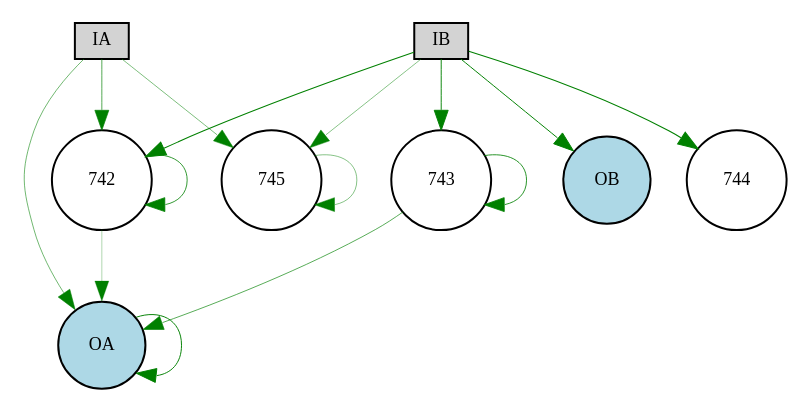
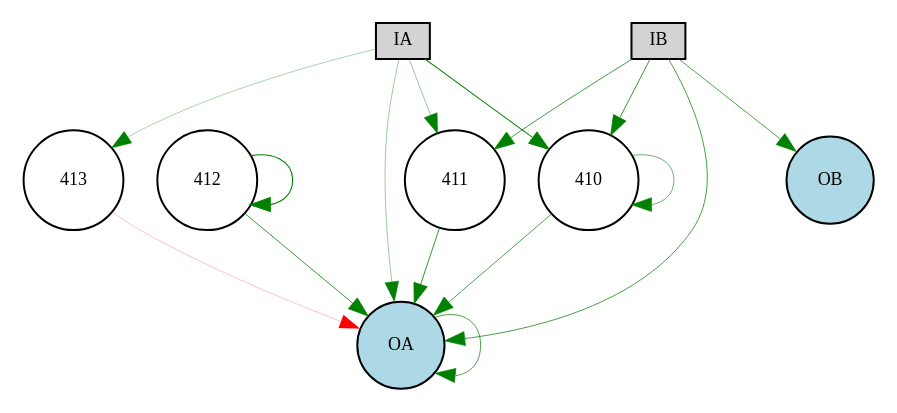
The diagram in source/discrete_experiment/Digraph.gv (danxan/neuromorphic-evolution), drawn with Graphviz before and after one commit. The commit also changed 6 other files, not shown here.

```diff
--- a/source/discrete_experiment/Digraph.gv
+++ b/source/discrete_experiment/Digraph.gv
@@ -1,23 +1,26 @@
 digraph {
 	node [fontsize=9 height=0.2 shape=circle width=0.2]
 	IA [fillcolor=lightgray shape=box style=filled]
 	IB [fillcolor=lightgray shape=box style=filled]
 	OA [fillcolor=lightblue style=filled]
 	OB [fillcolor=lightblue style=filled]
-	742 [fillcolor=white style=filled]
-	743 [fillcolor=white style=filled]
-	IA -> 742 [color=green penwidth=0.3438897180149496 style=solid]
-	IA -> 745 [color=green penwidth=0.25959442370828756 style=solid]
-	IB -> 742 [color=green penwidth=0.5147753809551033 style=solid]
-	IB -> 743 [color=green penwidth=0.47356687027829736 style=solid]
-	IB -> 744 [color=green penwidth=0.5554912722826941 style=solid]
-	IB -> 745 [color=green penwidth=0.24041693035487377 style=solid]
-	742 -> OA [color=green penwidth=0.16341903390520277 style=solid]
-	743 -> OA [color=green penwidth=0.32978622361527665 style=solid]
-	IA -> OA [color=green penwidth=0.28240147747788635 style=solid]
-	IB -> OB [color=green penwidth=0.4894459851045868 style=solid]
-	OA -> OA [color=green penwidth=0.48118036359319794 style=solid]
-	742 -> 742 [color=green penwidth=0.39835920440179473 style=solid]
-	743 -> 743 [color=green penwidth=0.4237789507872447 style=solid]
-	745 -> 745 [color=green penwidth=0.24303859651913318 style=solid]
+	410 [fillcolor=white style=filled]
+	411 [fillcolor=white style=filled]
+	412 [fillcolor=white style=filled]
+	413 [fillcolor=white style=filled]
+	IA -> 410 [color=green penwidth=0.5057011401014659 style=solid]
+	IA -> 411 [color=green penwidth=0.2086867085363744 style=solid]
+	IA -> 413 [color=green penwidth=0.16997848682140285 style=solid]
+	IB -> 410 [color=green penwidth=0.40215751199241934 style=solid]
+	IB -> 411 [color=green penwidth=0.38093651315524024 style=solid]
+	410 -> OA [color=green penwidth=0.349728320039702 style=solid]
+	411 -> OA [color=green penwidth=0.40823821688046125 style=solid]
+	412 -> OA [color=green penwidth=0.394562018939551 style=solid]
+	413 -> OA [color=red penwidth=0.11883362079678252 style=solid]
+	IA -> OA [color=green penwidth=0.19802790389120528 style=solid]
+	IB -> OA [color=green penwidth=0.36909658653180244 style=solid]
+	IB -> OB [color=green penwidth=0.35904419136689214 style=solid]
+	OA -> OA [color=green penwidth=0.3592836951854894 style=solid]
+	410 -> 410 [color=green penwidth=0.3025020955012018 style=solid]
+	412 -> 412 [color=green penwidth=0.5477391056948261 style=solid]
 }
```
